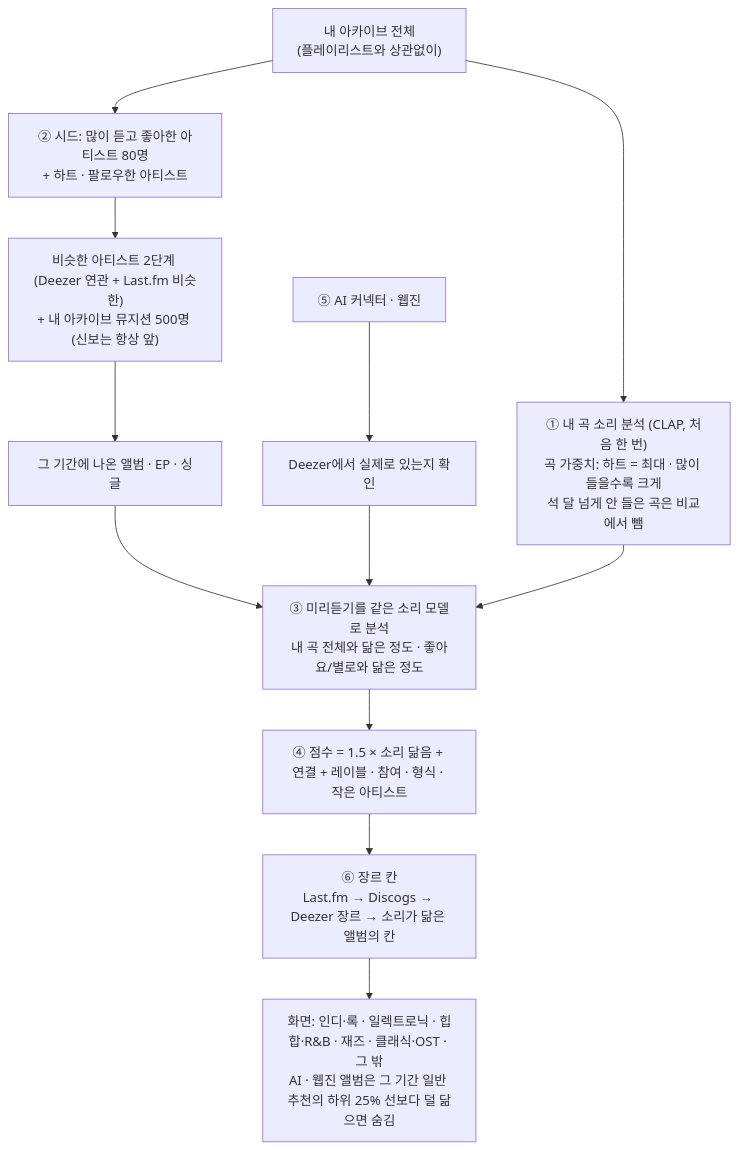
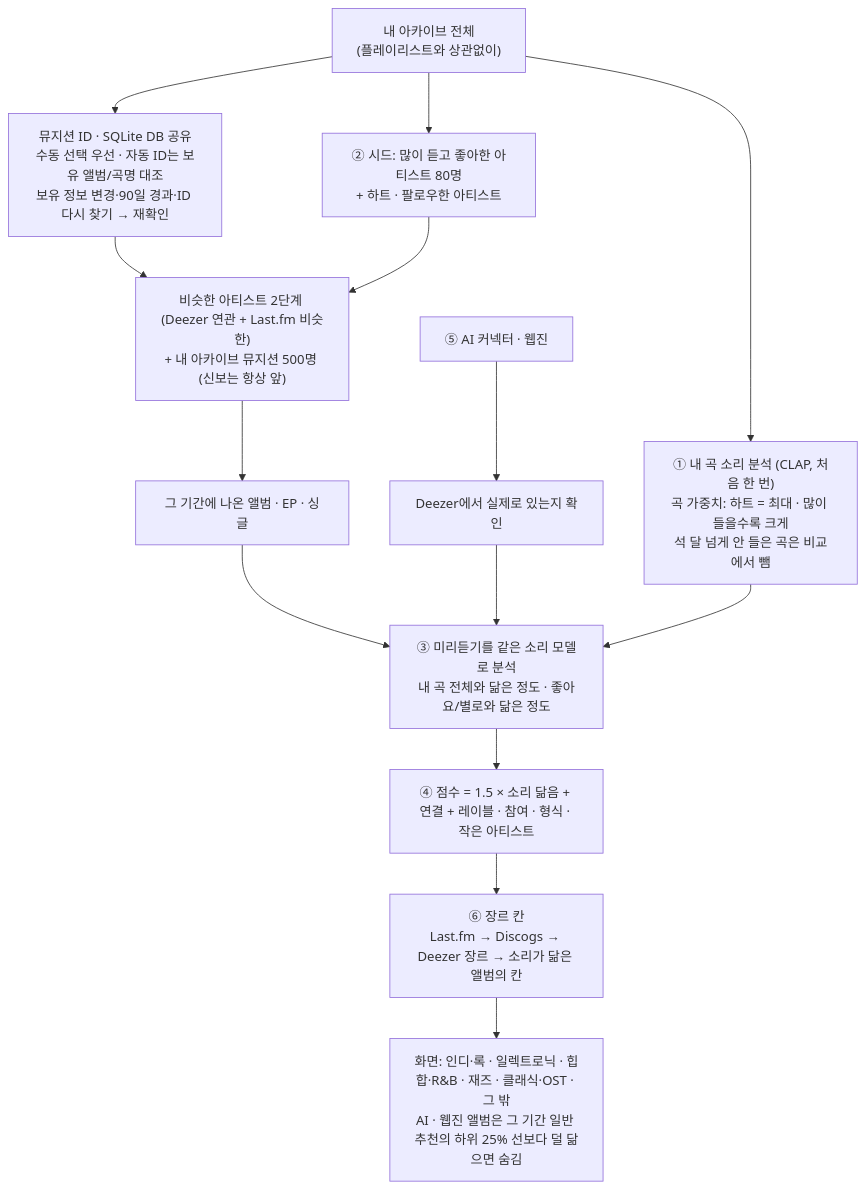
The diagram in docs/recommendation.md (plastiqvox/RecipeSong), drawn with Mermaid before and after one commit. The commit also changed other lines of this file and 19 other files, not shown here.

````diff
--- a/docs/recommendation.md
+++ b/docs/recommendation.md
@@ -11,15 +11,17 @@
 ```mermaid
 flowchart TD
     lib["내 아카이브 전체<br/>(플레이리스트와 상관없이)"]
     lib --> emb["① 내 곡 소리 분석 (CLAP, 처음 한 번)<br/>곡 가중치: 하트 = 최대 · 많이 들을수록 크게<br/>석 달 넘게 안 들은 곡은 비교에서 뺌"]
     lib --> seed["② 시드: 많이 듣고 좋아한 아티스트 80명<br/>+ 하트 · 팔로우한 아티스트"]
+    lib --> ids["뮤지션 ID · SQLite DB 공유<br/>수동 선택 우선 · 자동 ID는 보유 앨범/곡명 대조<br/>보유 정보 변경·90일 경과·ID 다시 찾기 → 재확인"]
+    ids --> pool
     seed --> pool["비슷한 아티스트 2단계 (Deezer 연관 + Last.fm 비슷한)<br/>+ 내 아카이브 뮤지션 500명 (신보는 항상 앞)"]
     pool --> rel["그 기간에 나온 앨범 · EP · 싱글"]
     ext["⑤ AI 커넥터 · 웹진"] --> dz["Deezer에서 실제로 있는지 확인"]
     rel --> listen["③ 미리듣기를 같은 소리 모델로 분석<br/>내 곡 전체와 닮은 정도 · 좋아요/별로와 닮은 정도"]
     dz --> listen
     emb --> listen
     listen --> score["④ 점수 = 1.5 × 소리 닮음 + 연결 + 레이블 · 참여 · 형식 · 작은 아티스트"]
     score --> group["⑥ 장르 칸<br/>Last.fm → Discogs → Deezer 장르 → 소리가 닮은 앨범의 칸"]
     group --> show["화면: 인디·록 · 일렉트로닉 · 힙합·R&B · 재즈 · 클래식·OST · 그 밖<br/>AI · 웹진 앨범은 그 기간 일반 추천의 하위 25% 선보다 덜 닮으면 숨김"]
 ```
````
